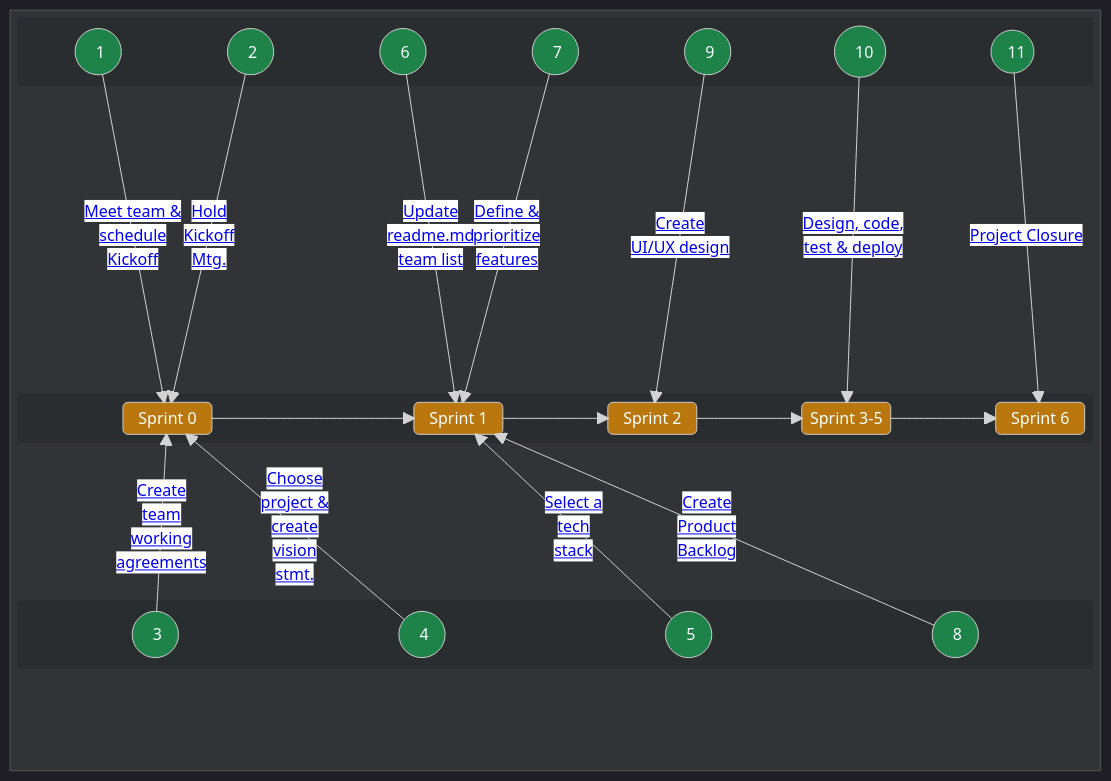
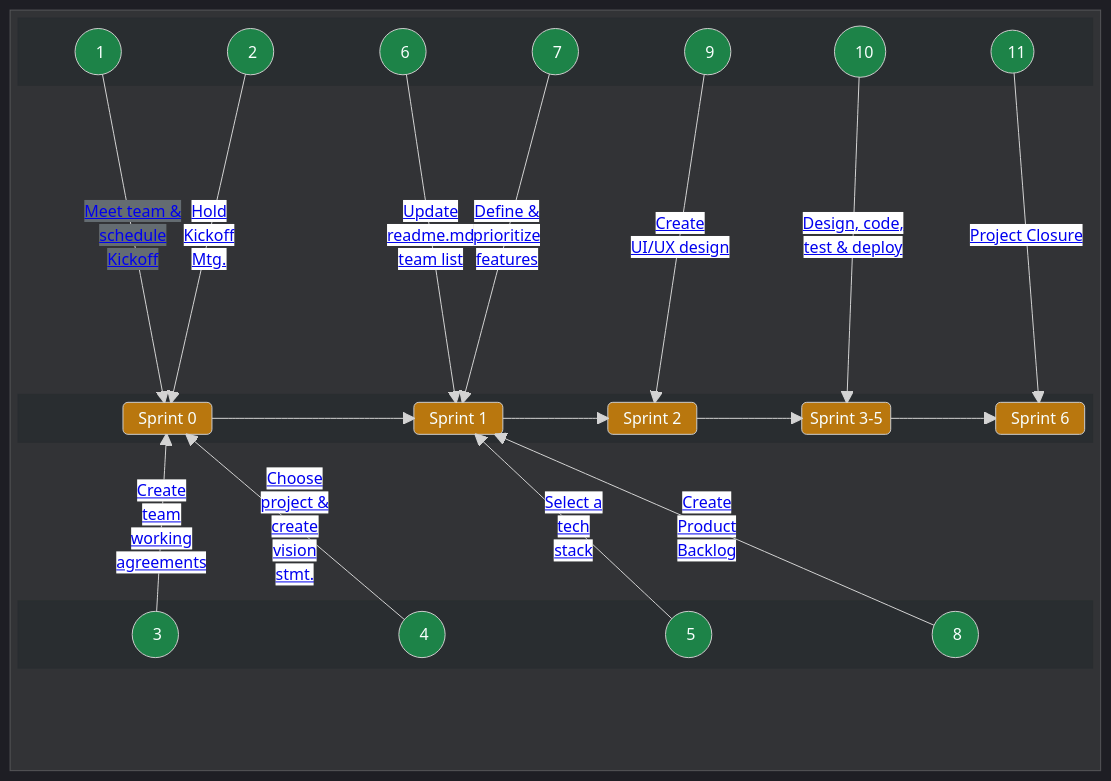
The first of 2 diagrams in docs/guides/voyage/voyage.md (chingu-voyages/Handbook), drawn with Mermaid before and after one commit.

Commit message:
Feature: Update sprint diagram task ordering

```diff
--- a/docs/guides/voyage/voyage.md
+++ b/docs/guides/voyage/voyage.md
@@ -108,7 +108,7 @@
       end
       space
 
-      A1 -- "<a style="background-color: white" href="https://github.com/chingu-voyages/Handbook/blob/main/docs/guides/voyage/voyage.md#1-meet-your-team--schedule-kickoff-meeting-">Meet team &</br>schedule</br>Kickoff</a>" --> SPRINT0
+      A1 -- "<a style="background-color: #646C71" href="https://github.com/chingu-voyages/Handbook/blob/main/docs/guides/voyage/voyage.md#1-meet-your-team--schedule-kickoff-meeting-">Meet team &</br>schedule</br>Kickoff</a>" --> SPRINT0
       A2 -- "<a style="background-color: white" href="https://github.com/chingu-voyages/Handbook/blob/main/docs/guides/voyage/voyage.md#2-conduct-kickoff-meeting-">Hold</br>Kickoff</br>Mtg.</a>" --> SPRINT0
       A3 -- "<a style="background-color: white" href="https://github.com/chingu-voyages/Handbook/blob/main/docs/guides/voyage/voyage.md#3-setup-your-teams-working-agreements-">Create</br>team</br>working</br>agreements</a>" --> SPRINT0
       A4 -- "<a style="background-color: white" href="https://github.com/chingu-voyages/Handbook/blob/main/docs/guides/voyage/voyage.md#4-choose-a-project--create-a-vision-statement-">Choose</br>project &</br>create</br>vision</br>stmt.</a>" --> SPRINT0
@@ -141,7 +141,7 @@
     style A9 color:#f0f6fc,fill:#1d8348
     style A10 color:#f0f6fc,fill:#1d8348
     style A11 color:#f0f6fc,fill:#1d8348
-    
+
     style SPRINT0 color:#f0f6fc,fill:#b9770e
     style SPRINT1 color:#f0f6fc,fill:#b9770e
     style SPRINT2 color:#f0f6fc,fill:#b9770e
```
